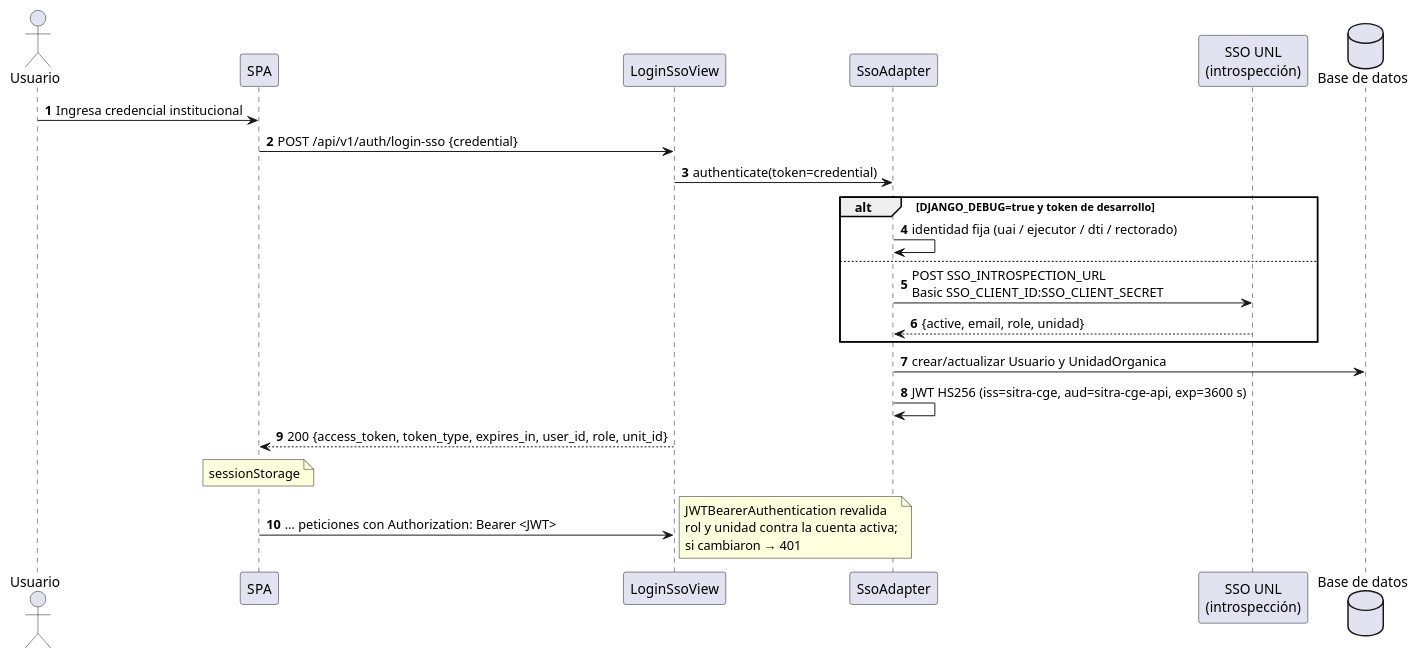
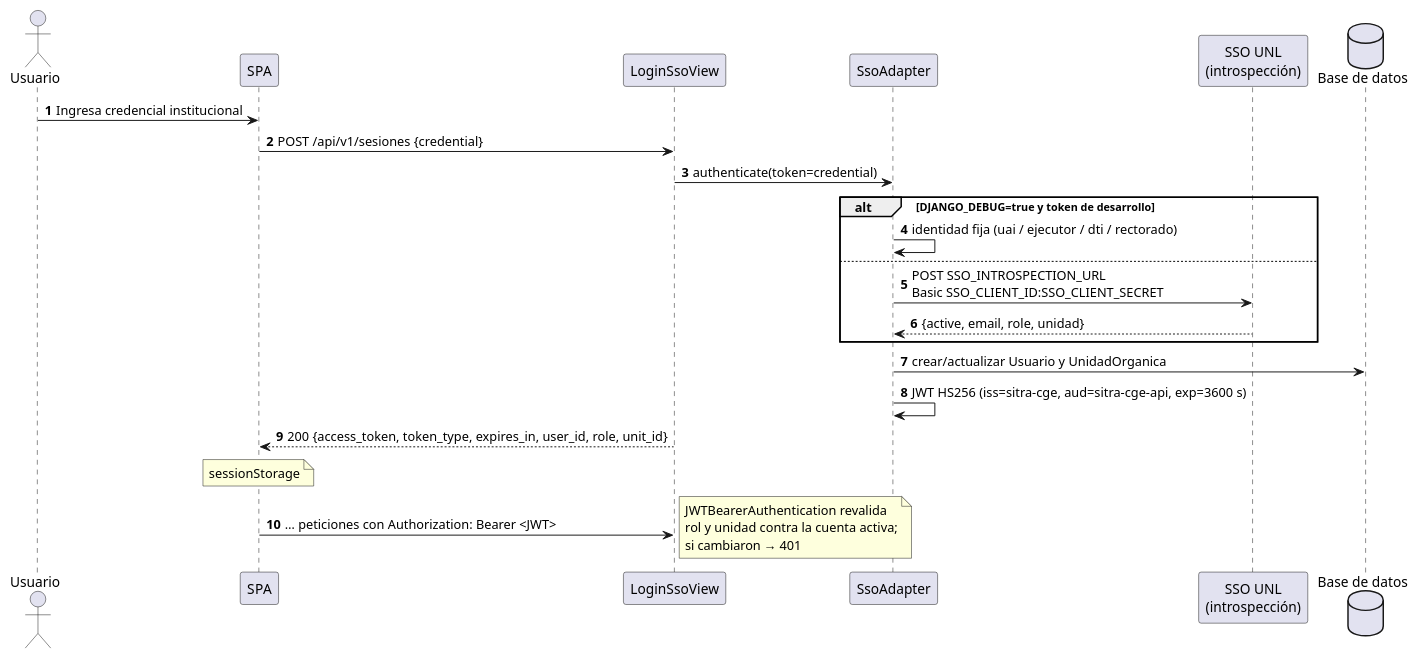
The diagram in DOCUMENTACION/03_ARQUITECTURA/DIAGRAMAS/secuencia_autenticacion.puml (RCL05/seguimiento_de_recomendaciones_CGE), drawn with PlantUML before and after one commit. The commit also changed 71 other files, not shown here.

```diff
--- a/DOCUMENTACION/03_ARQUITECTURA/DIAGRAMAS/secuencia_autenticacion.puml
+++ b/DOCUMENTACION/03_ARQUITECTURA/DIAGRAMAS/secuencia_autenticacion.puml
@@ -1,28 +1,28 @@
 @startuml secuencia_autenticacion
-' SITRA-CGE UNL — POST /api/v1/auth/login-sso y uso posterior del JWT.
+' SITRA-CGE UNL — POST /api/v1/sesiones y uso posterior del JWT.
 ' Derivado de usuarios/presentation/views.py::LoginSsoView, usuarios/application/login_sso.py,
 ' usuarios/infrastructure/sso_adapter.py y core/auth/authentication.py.
 autonumber
 actor Usuario as U
 participant SPA
 participant "LoginSsoView" as L
 participant "SsoAdapter" as S
 participant "SSO UNL\n(introspección)" as IdP
 database "Base de datos" as DB
 
 U -> SPA : Ingresa credencial institucional
-SPA -> L : POST /api/v1/auth/login-sso {credential}
+SPA -> L : POST /api/v1/sesiones {credential}
 L -> S : authenticate(token=credential)
 alt DJANGO_DEBUG=true y token de desarrollo
   S -> S : identidad fija (uai / ejecutor / dti / rectorado)
 else
   S -> IdP : POST SSO_INTROSPECTION_URL\nBasic SSO_CLIENT_ID:SSO_CLIENT_SECRET
   IdP --> S : {active, email, role, unidad}
 end
 S -> DB : crear/actualizar Usuario y UnidadOrganica
 S -> S : JWT HS256 (iss=sitra-cge, aud=sitra-cge-api, exp=3600 s)
 L --> SPA : 200 {access_token, token_type, expires_in, user_id, role, unit_id}
 note over SPA : sessionStorage
 SPA -> L : … peticiones con Authorization: Bearer <JWT>
 note right : JWTBearerAuthentication revalida\nrol y unidad contra la cuenta activa;\nsi cambiaron → 401
 @enduml
```
